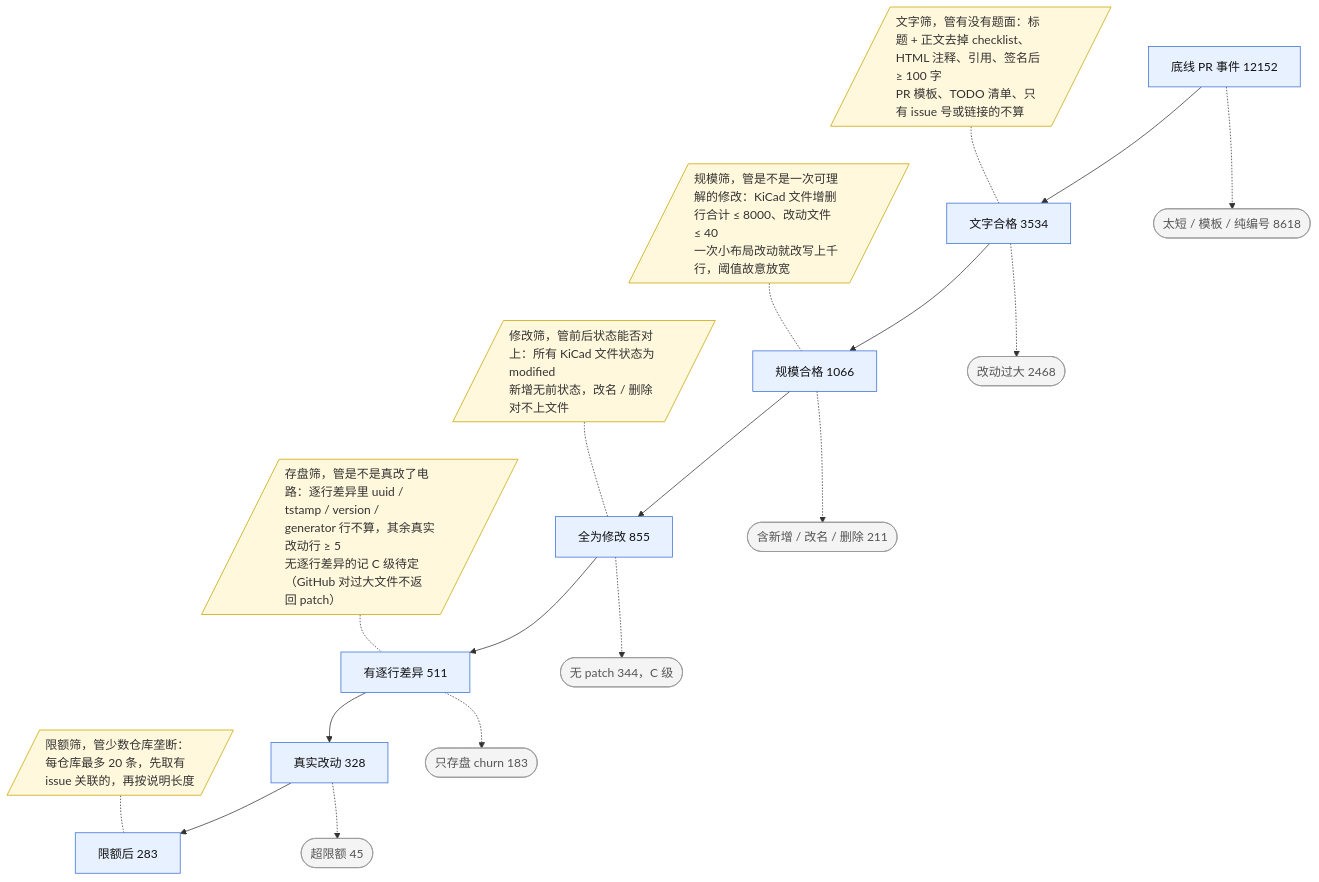
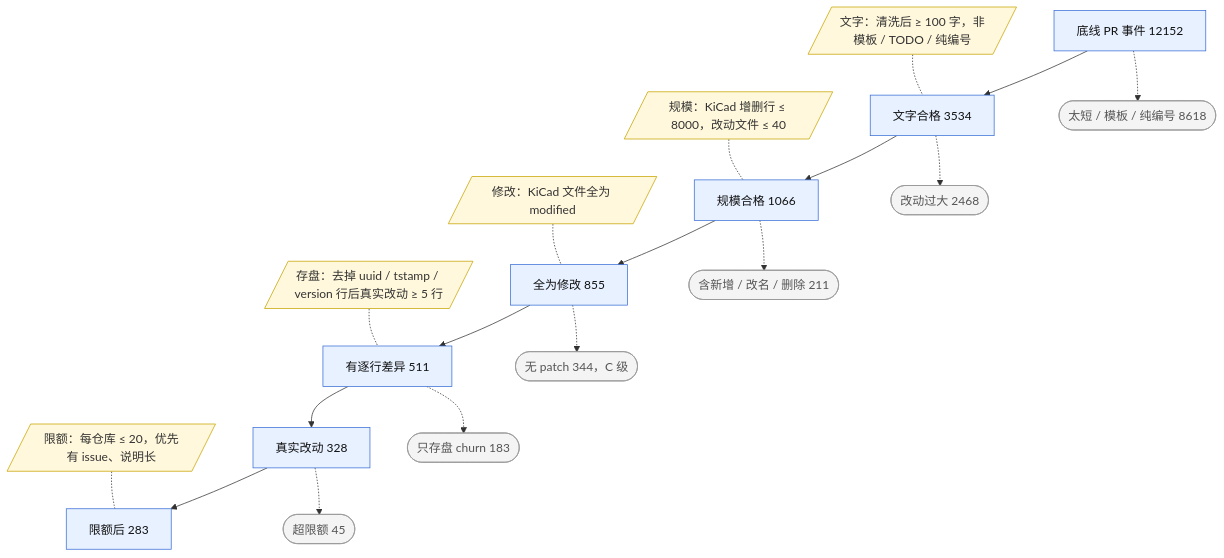
One commit to Xiafyjck/github_kicad_project_scout changed the fourth of 5 diagrams in reports/progress_report.md. Above: the diagram before and after it, drawn with Mermaid. The commit also changed other lines of this file, not shown here.

Commit message:
reports: shorter diagram notes, add an unannotated overview sieve (figure 0)

````diff
--- a/reports/progress_report.md
+++ b/reports/progress_report.md
@@ -165,39 +202,39 @@
 ```mermaid
 flowchart TB
-    classDef note fill:#fff8dc,stroke:#c9a400,color:#333,text-align:left
+    classDef note fill:#fff8dc,stroke:#c9a400,color:#333
     classDef exit fill:#f4f4f4,stroke:#999,color:#555
     classDef keep fill:#e8f1ff,stroke:#3b6fd6,color:#111
 
-    Nb[/"文字筛，管有没有题面：标题 + 正文去掉 checklist、HTML 注释、引用、签名后 ≥ 100 字<br/>PR 模板、TODO 清单、只有 issue 号或链接的不算"/]:::note
-    Nc[/"规模筛，管是不是一次可理解的修改：KiCad 文件增删行合计 ≤ 8000、改动文件 ≤ 40<br/>一次小布局改动就改写上千行，阈值故意放宽"/]:::note
-    Nd[/"修改筛，管前后状态能否对上：所有 KiCad 文件状态为 modified<br/>新增无前状态，改名 / 删除对不上文件"/]:::note
-    Ne[/"存盘筛，管是不是真改了电路：逐行差异里 uuid / tstamp / version / generator 行不算，其余真实改动行 ≥ 5<br/>无逐行差异的记 C 级待定（GitHub 对过大文件不返回 patch）"/]:::note
-    Nf[/"限额筛，管少数仓库垄断：每仓库最多 20 条，先取有 issue 关联的，再按说明长度"/]:::note
+    Nb[/"文字：清洗后 ≥ 100 字，非模板 / TODO / 纯编号"/]:::note
+    Nc[/"规模：KiCad 增删行 ≤ 8000，改动文件 ≤ 40"/]:::note
+    Nd[/"修改：KiCad 文件全为 modified"/]:::note
+    Ne[/"存盘：去掉 uuid / tstamp / version 行后真实改动 ≥ 5 行"/]:::note
+    Nf[/"限额：每仓库 ≤ 20，优先有 issue、说明长"/]:::note
 
     P3[底线 PR 事件 12152]:::keep
     P4[文字合格 3534]:::keep
     P5[规模合格 1066]:::keep
     P6[全为修改 855]:::keep
     P7[有逐行差异 511]:::keep
     P8[真实改动 328]:::keep
     P9[限额后 283]:::keep
     PX4([太短 / 模板 / 纯编号 8618]):::exit
     PX5([改动过大 2468]):::exit
     PX6([含新增 / 改名 / 删除 211]):::exit
     PX7([无 patch 344，C 级]):::exit
     PX8([只存盘 churn 183]):::exit
     PX9([超限额 45]):::exit
 
     Nb -.- P4
     Nc -.- P5
     Nd -.- P6
     Ne -.- P7
     Nf -.- P9
     P3 --> P4 --> P5 --> P6 --> P7 --> P8 --> P9
     P3 -.-> PX4
     P4 -.-> PX5
     P5 -.-> PX6
     P6 -.-> PX7
     P7 -.-> PX8
     P8 -.-> PX9
 ```
````
